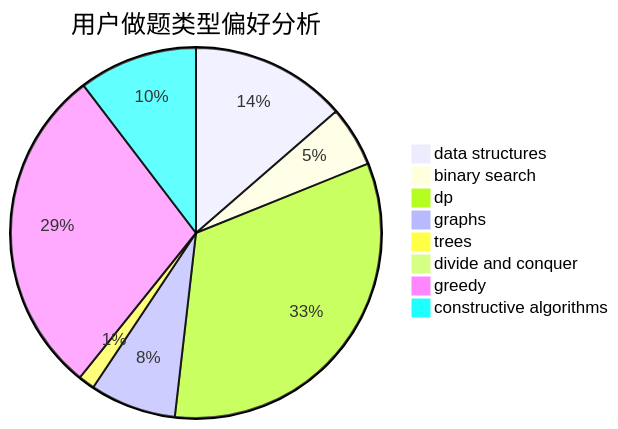
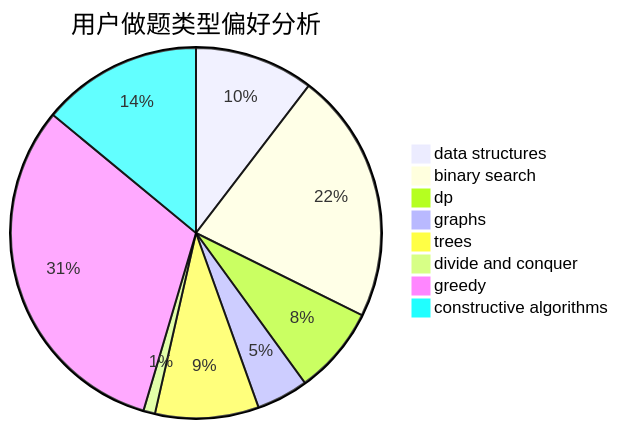
The second of 3 diagrams in docs/user/u1938.md (sherpahu/cfrs.github.io), drawn with Mermaid before and after one commit. The commit also changed other lines of this file and 2770 other files, not shown here.

````diff
--- a/docs/user/u1938.md
+++ b/docs/user/u1938.md
@@ -23,11 +23,11 @@
 ```mermaid
 pie title 用户做题类型偏好分析
-    "data structures" :  67
-    "binary search" :  26
-    "dp" :  162
-    "graphs" :  37
-    "trees" :  7
-    "divide and conquer" :  0
-    "greedy" :  142
-    "constructive algorithms" :  51
+    "data structures" :  92
+    "binary search" :  194
+    "dp" :  68
+    "graphs" :  40
+    "trees" :  80
+    "divide and conquer" :  9
+    "greedy" :  278
+    "constructive algorithms" :  124
 ```
````
